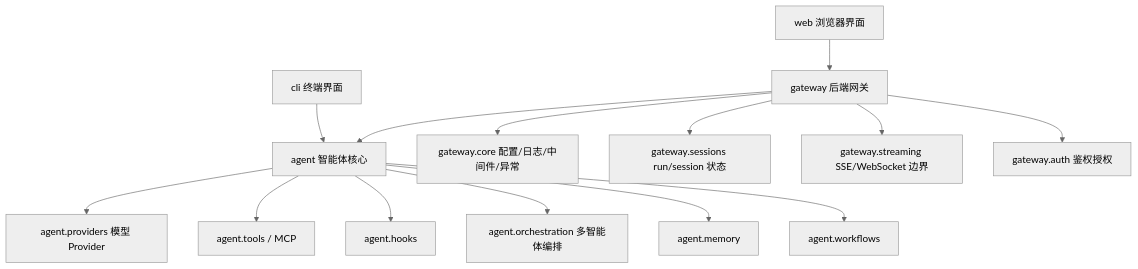
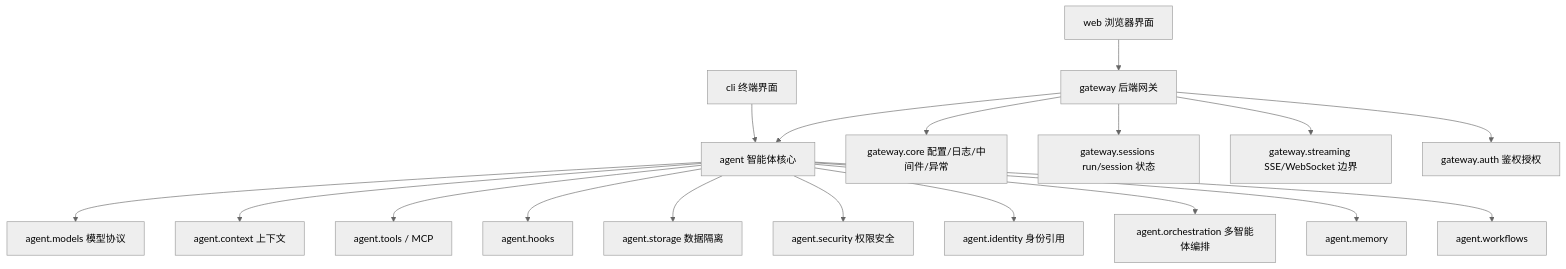
The diagram in docs/architecture.md (berhannnnd/Agent), drawn with Mermaid (neutral theme) before and after one commit. The commit also changed other lines of this file and 47 other files, not shown here.

````diff
--- a/docs/architecture.md
+++ b/docs/architecture.md
@@ -3,16 +3,20 @@
 ```mermaid
 graph TB
     CLI["cli 终端界面"] --> Agent["agent 智能体核心"]
     Web["web 浏览器界面"] --> Gateway["gateway 后端网关"]
     Gateway --> Agent
     Gateway --> Core["gateway.core 配置/日志/中间件/异常"]
     Gateway --> Sessions["gateway.sessions run/session 状态"]
     Gateway --> Streaming["gateway.streaming SSE/WebSocket 边界"]
     Gateway --> Auth["gateway.auth 鉴权授权"]
-    Agent --> Providers["agent.providers 模型 Provider"]
+    Agent --> Models["agent.models 模型协议"]
+    Agent --> Context["agent.context 上下文"]
     Agent --> Tools["agent.tools / MCP"]
     Agent --> Hooks["agent.hooks"]
+    Agent --> Storage["agent.storage 数据隔离"]
+    Agent --> Security["agent.security 权限安全"]
+    Agent --> Identity["agent.identity 身份引用"]
     Agent --> Orchestration["agent.orchestration 多智能体编排"]
     Agent --> Memory["agent.memory"]
     Agent --> Workflows["agent.workflows"]
 ```
````
